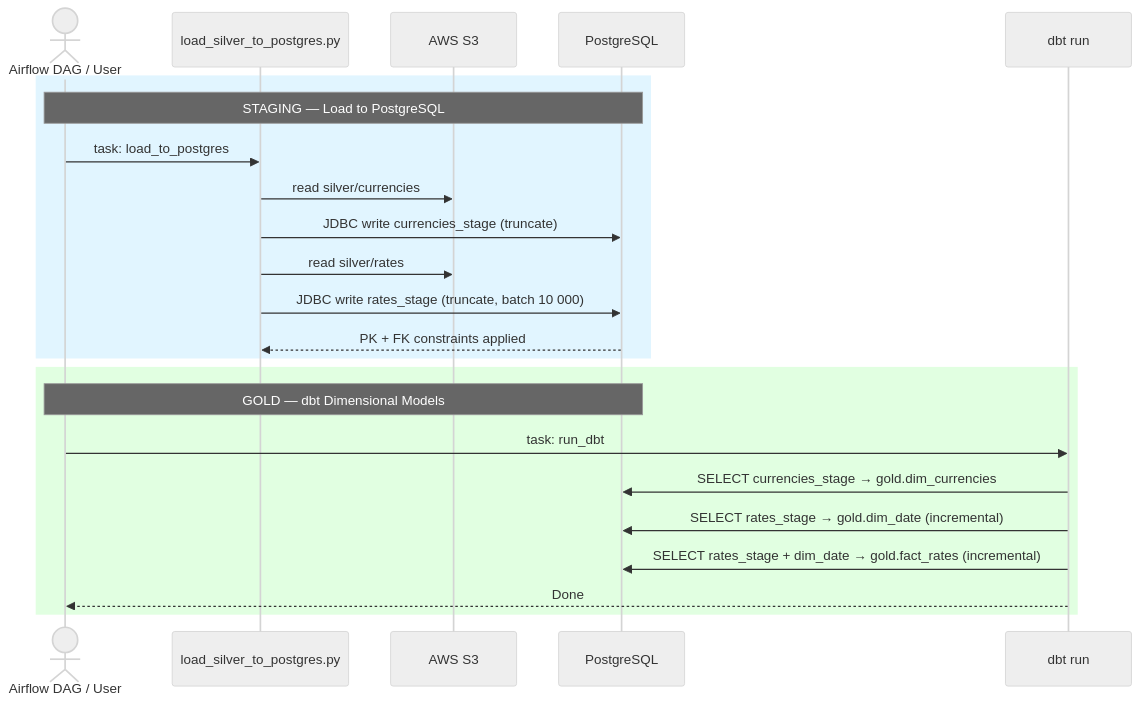
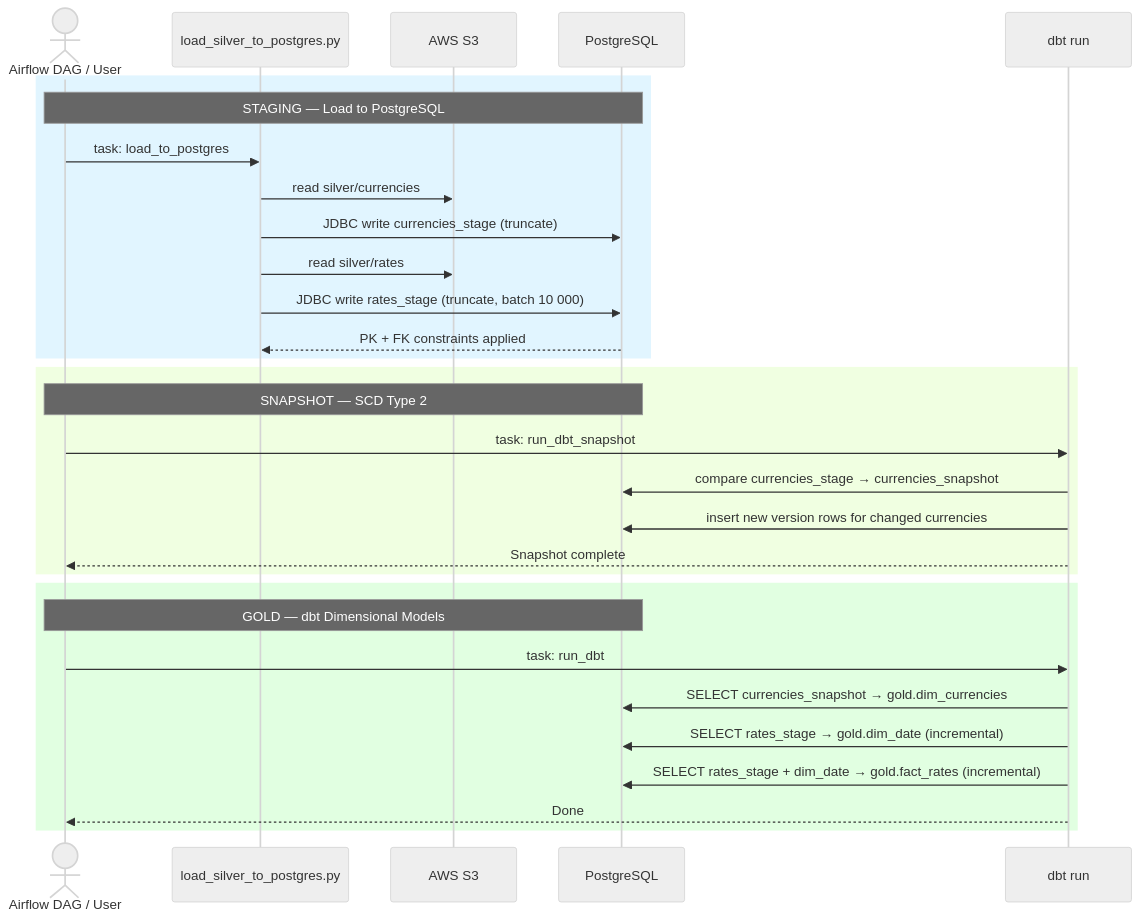
One commit to TanelS/currency-pipeline changed the second of 2 diagrams in diagrams/etl-sequence.md. Above: the diagram before and after it, drawn with Mermaid (neutral theme). The commit also changed other lines of this file and 2 other files, not shown here.

Commit message:
Add SCD Type 2 support to pipeline diagrams: update `dim_currencies` flow, add `currencies_snapshot`, and include API sensor check

````diff
--- a/diagrams/etl-sequence.md
+++ b/diagrams/etl-sequence.md
@@ -41,27 +50,35 @@
 ```mermaid
 sequenceDiagram
     actor Orchestrator as Airflow DAG / User
     participant LP as load_silver_to_postgres.py
     participant S3 as AWS S3
     participant PG as PostgreSQL
     participant DBT as dbt run
 
     rect rgb(225, 245, 255)
         Note over Orchestrator,PG: STAGING — Load to PostgreSQL
         Orchestrator->>LP: task: load_to_postgres
         LP->>S3: read silver/currencies
         LP->>PG: JDBC write currencies_stage (truncate)
         LP->>S3: read silver/rates
         LP->>PG: JDBC write rates_stage (truncate, batch 10 000)
         PG-->>LP: PK + FK constraints applied
     end
 
+    rect rgb(240, 255, 225)
+        Note over Orchestrator,PG: SNAPSHOT — SCD Type 2
+        Orchestrator->>DBT: task: run_dbt_snapshot
+        DBT->>PG: compare currencies_stage → currencies_snapshot
+        DBT->>PG: insert new version rows for changed currencies
+        DBT-->>Orchestrator: Snapshot complete
+    end
+
     rect rgb(225, 255, 225)
         Note over Orchestrator,PG: GOLD — dbt Dimensional Models
         Orchestrator->>DBT: task: run_dbt
-        DBT->>PG: SELECT currencies_stage → gold.dim_currencies
+        DBT->>PG: SELECT currencies_snapshot → gold.dim_currencies
         DBT->>PG: SELECT rates_stage → gold.dim_date (incremental)
         DBT->>PG: SELECT rates_stage + dim_date → gold.fact_rates (incremental)
         DBT-->>Orchestrator: Done
     end
 ```
````
